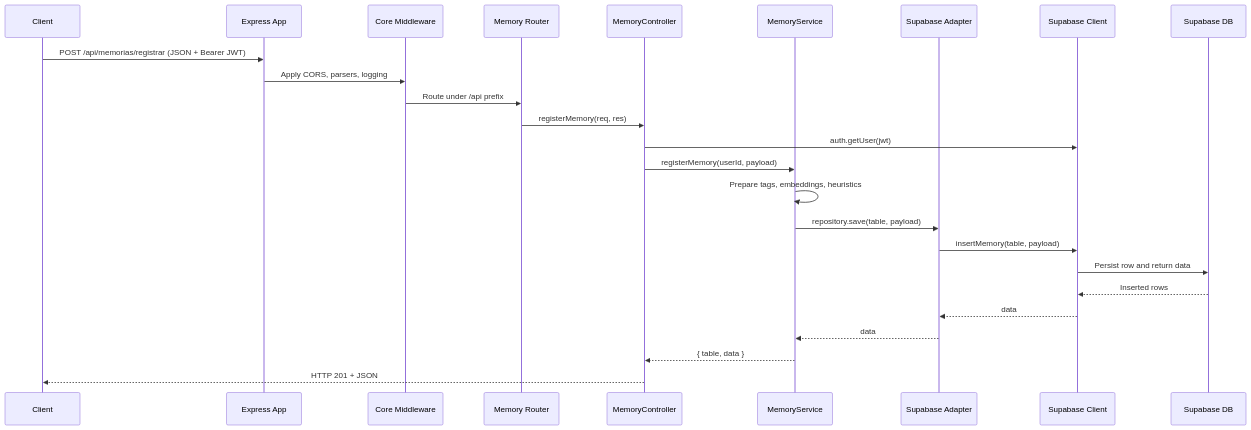
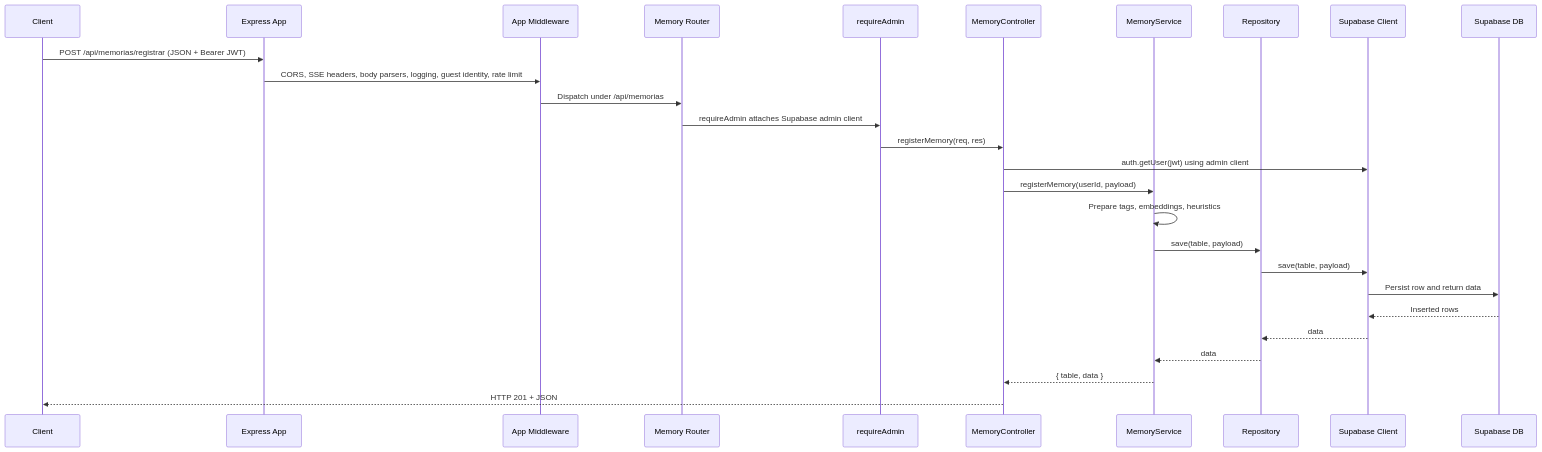
The first of 2 diagrams in docs/request-flow.md (Bigajax/ecobackend888), drawn with Mermaid before and after one commit. The commit also changed other lines of this file and 10 other files, not shown here.

Commit message:
Refine memory auth flow and request pipeline

````diff
--- a/docs/request-flow.md
+++ b/docs/request-flow.md
@@ -7,28 +7,30 @@
 ```mermaid
 sequenceDiagram
     participant Client
     participant Express as Express App
-    participant Middleware as Core Middleware
+    participant PreRouter as App Middleware
     participant Router as Memory Router
+    participant AdminMW as requireAdmin
     participant Controller as MemoryController
     participant Service as MemoryService
-    participant Adapter as Supabase Adapter
+    participant Repository
     participant Supabase as Supabase Client
     participant Database as Supabase DB
 
     Client->>Express: POST /api/memorias/registrar (JSON + Bearer JWT)
-    Express->>Middleware: Apply CORS, parsers, logging
-    Middleware->>Router: Route under /api prefix
-    Router->>Controller: registerMemory(req, res)
-    Controller->>Supabase: auth.getUser(jwt)
+    Express->>PreRouter: CORS, SSE headers, body parsers, logging, guest identity, rate limit
+    PreRouter->>Router: Dispatch under /api/memorias
+    Router->>AdminMW: requireAdmin attaches Supabase admin client
+    AdminMW->>Controller: registerMemory(req, res)
+    Controller->>Supabase: auth.getUser(jwt) using admin client
     Controller->>Service: registerMemory(userId, payload)
     Service->>Service: Prepare tags, embeddings, heuristics
-    Service->>Adapter: repository.save(table, payload)
-    Adapter->>Supabase: insertMemory(table, payload)
+    Service->>Repository: save(table, payload)
+    Repository->>Supabase: save(table, payload)
     Supabase->>Database: Persist row and return data
     Database-->>Supabase: Inserted rows
-    Supabase-->>Adapter: data
-    Adapter-->>Service: data
+    Supabase-->>Repository: data
+    Repository-->>Service: data
     Service-->>Controller: { table, data }
     Controller-->>Client: HTTP 201 + JSON
 ```
````
